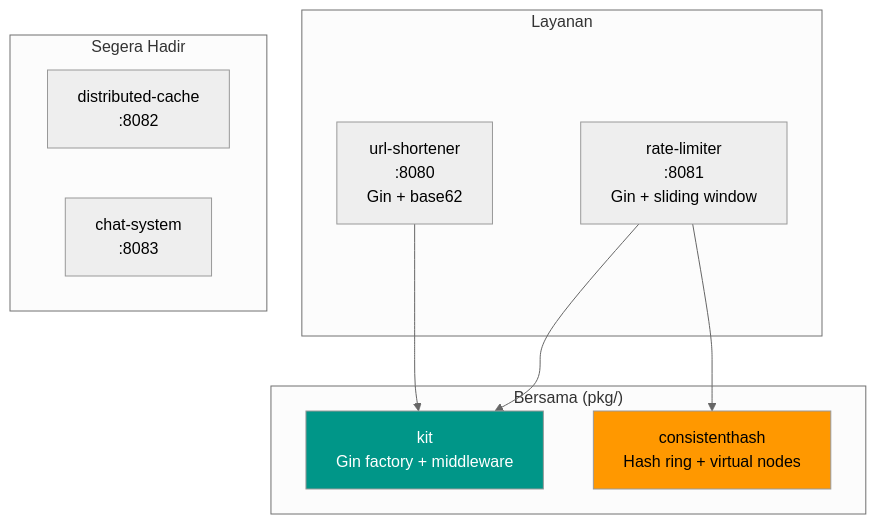
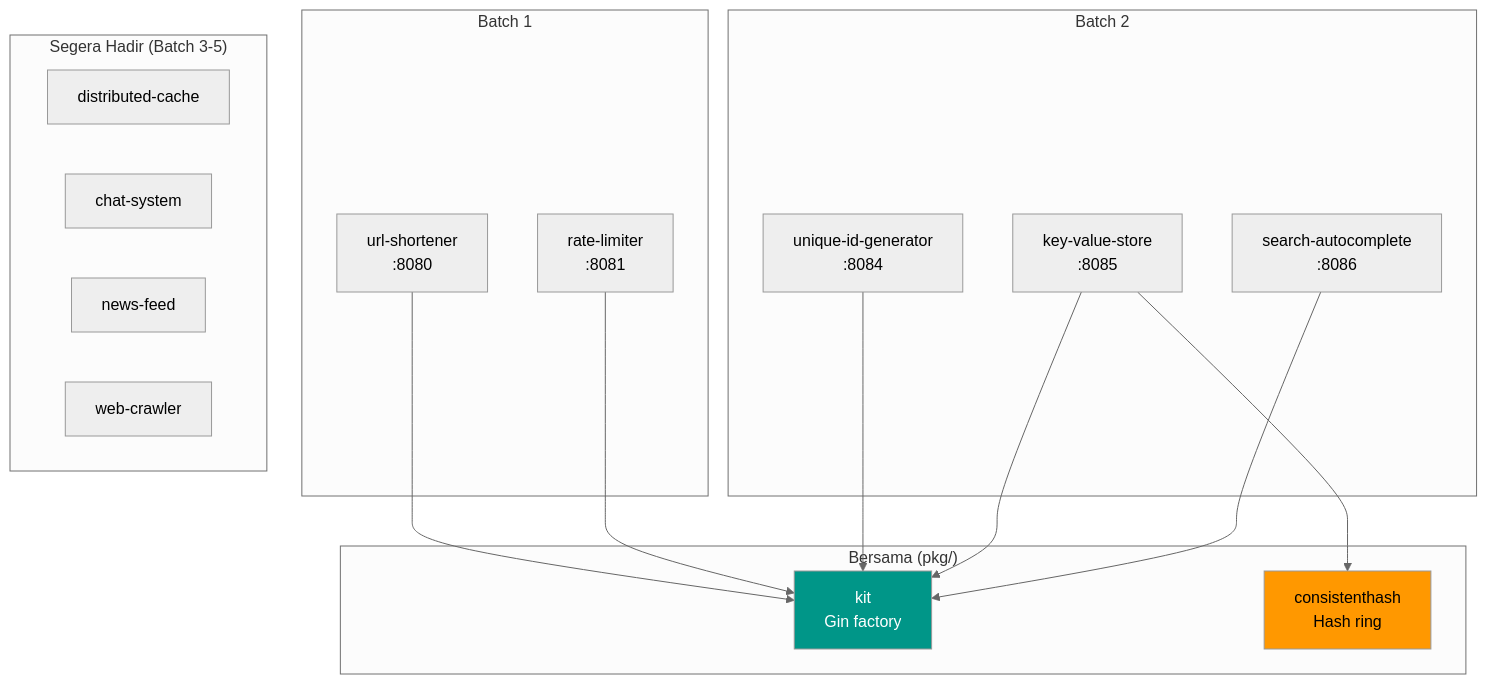
The first of 2 diagrams in README.id.md (faisalaffan/faisalaffan-design-system), drawn with Mermaid (neutral theme) before and after one commit. The commit also changed other lines of this file and 1 other file, not shown here.

Commit message:
docs: add Batch 2 services to README with Mermaid diagrams

````diff
--- a/README.id.md
+++ b/README.id.md
@@ -23,24 +23,35 @@
 ```mermaid
 flowchart TB
-    subgraph "Layanan"
-        US["url-shortener<br/>:8080<br/>Gin + base62"]
-        RL["rate-limiter<br/>:8081<br/>Gin + sliding window"]
+    subgraph "Batch 1"
+        US["url-shortener<br/>:8080"]
+        RL["rate-limiter<br/>:8081"]
+    end
+
+    subgraph "Batch 2"
+        ID["unique-id-generator<br/>:8084"]
+        KV["key-value-store<br/>:8085"]
+        AC["search-autocomplete<br/>:8086"]
     end
 
     subgraph "Bersama (pkg/)"
-        KIT["kit<br/>Gin factory + middleware"]
-        CH["consistenthash<br/>Hash ring + virtual nodes"]
+        KIT["kit<br/>Gin factory"]
+        CH["consistenthash<br/>Hash ring"]
     end
 
     US --> KIT
     RL --> KIT
-    RL --> CH
+    ID --> KIT
+    KV --> KIT
+    KV --> CH
+    AC --> KIT
 
-    subgraph "Segera Hadir"
-        DC["distributed-cache<br/>:8082"]
-        CS["chat-system<br/>:8083"]
+    subgraph "Segera Hadir (Batch 3-5)"
+        DC["distributed-cache"]
+        CS["chat-system"]
+        NF["news-feed"]
+        WC["web-crawler"]
     end
 
     style KIT fill:#009688,color:#fff
     style CH fill:#ff9800,color:#000
 ```
````
